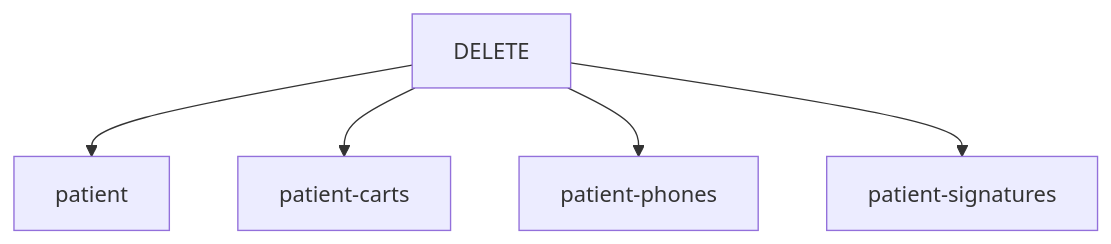
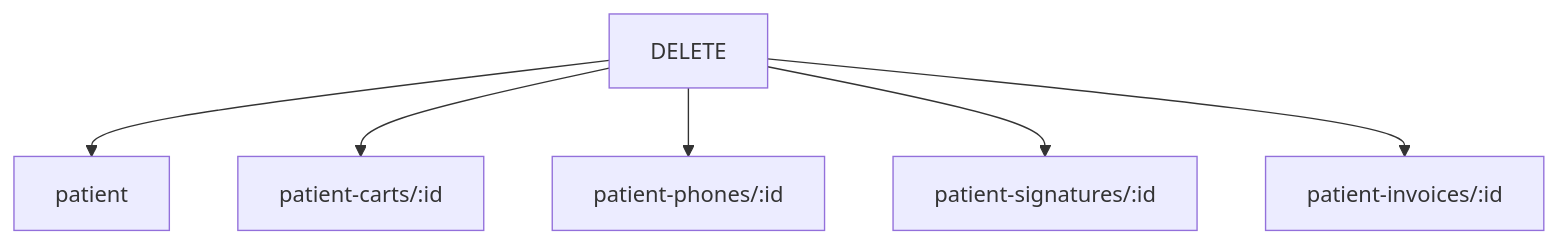
One commit to TheWitcher1991/hospital-next-js-django changed the fourth of 4 diagrams in backend/docs/patient.api.md. Above: the diagram before and after it, drawn with Mermaid. The commit also changed other lines of this file and 33 other files, not shown here.

````diff
--- a/backend/docs/patient.api.md
+++ b/backend/docs/patient.api.md
@@ -32,7 +39,8 @@
 ```mermaid
 flowchart TD
 DELETE --> patient
-DELETE --> patient-carts
-DELETE --> patient-phones
-DELETE --> patient-signatures   
+DELETE --> patient-carts/:id
+DELETE --> patient-phones/:id
+DELETE --> patient-signatures/:id
+DELETE --> patient-invoices/:id
 ```
````
